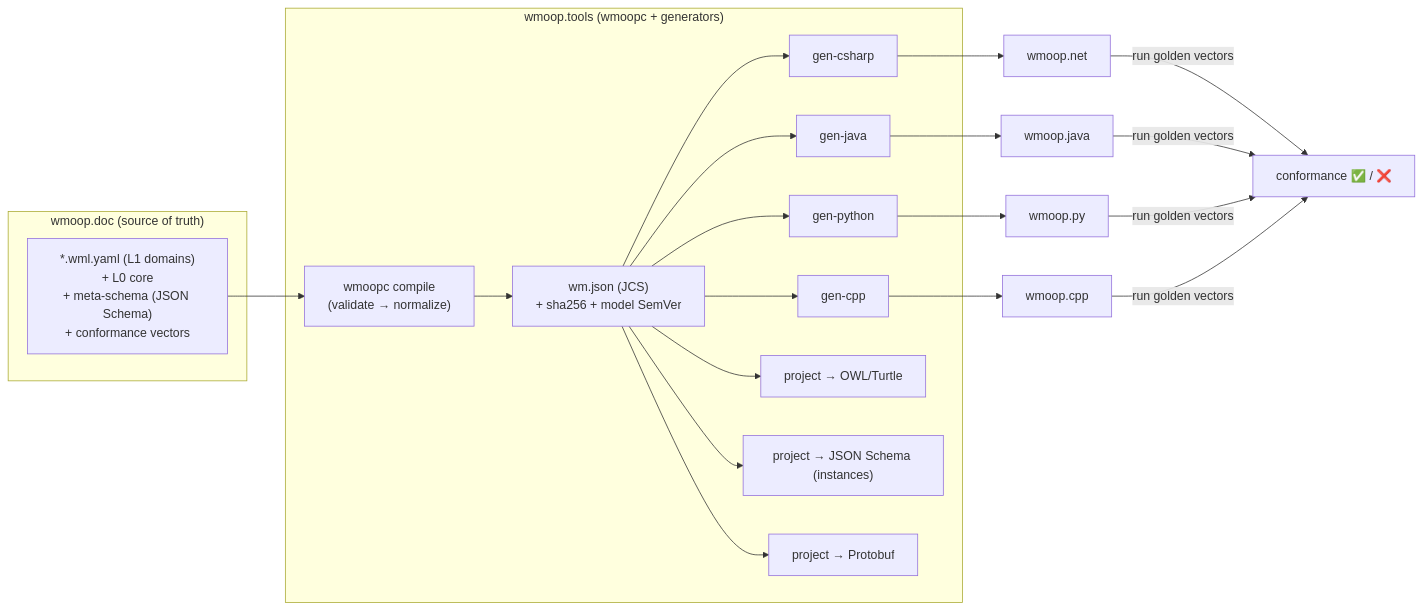
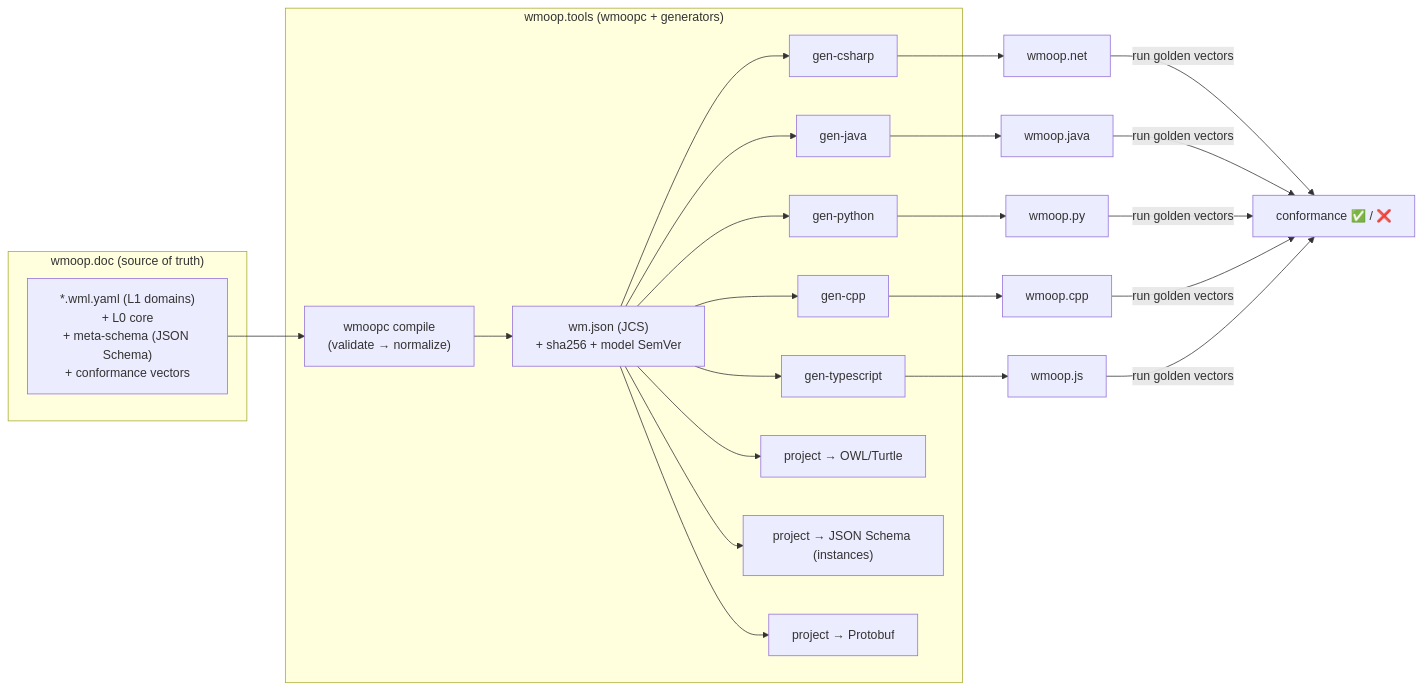
The diagram in docs/03-architecture.md (WMOOP/wmoop.doc), drawn with Mermaid before and after one commit. The commit also changed other lines of this file and 11 other files, not shown here.

First line of the commit message:
docs: list wmoop.js among the conformance-gated bindings

````diff
--- a/docs/03-architecture.md
+++ b/docs/03-architecture.md
@@ -337,17 +337,18 @@
 ```mermaid
 flowchart LR
   subgraph doc["wmoop.doc  (source of truth)"]
     A["*.wml.yaml (L1 domains)\n+ L0 core\n+ meta-schema (JSON Schema)\n+ conformance vectors"]
   end
   subgraph tools["wmoop.tools  (wmoopc + generators)"]
     C["wmoopc compile\n(validate → normalize)"] --> W["wm.json (JCS)\n+ sha256 + model SemVer"]
-    W --> G1["gen-csharp"] & G2["gen-java"] & G3["gen-python"] & G4["gen-cpp"]
+    W --> G1["gen-csharp"] & G2["gen-java"] & G3["gen-python"] & G4["gen-cpp"] & G5["gen-typescript"]
     W --> P1["project → OWL/Turtle"] & P2["project → JSON Schema (instances)"] & P3["project → Protobuf"]
   end
   A --> C
   G1 --> R1["wmoop.net"]
   G2 --> R2["wmoop.java"]
   G3 --> R3["wmoop.py"]
   G4 --> R4["wmoop.cpp"]
-  R1 & R2 & R3 & R4 -->|run golden vectors| CONF["conformance ✅ / ❌"]
+  G5 --> R5["wmoop.js"]
+  R1 & R2 & R3 & R4 & R5 -->|run golden vectors| CONF["conformance ✅ / ❌"]
 ```
````
